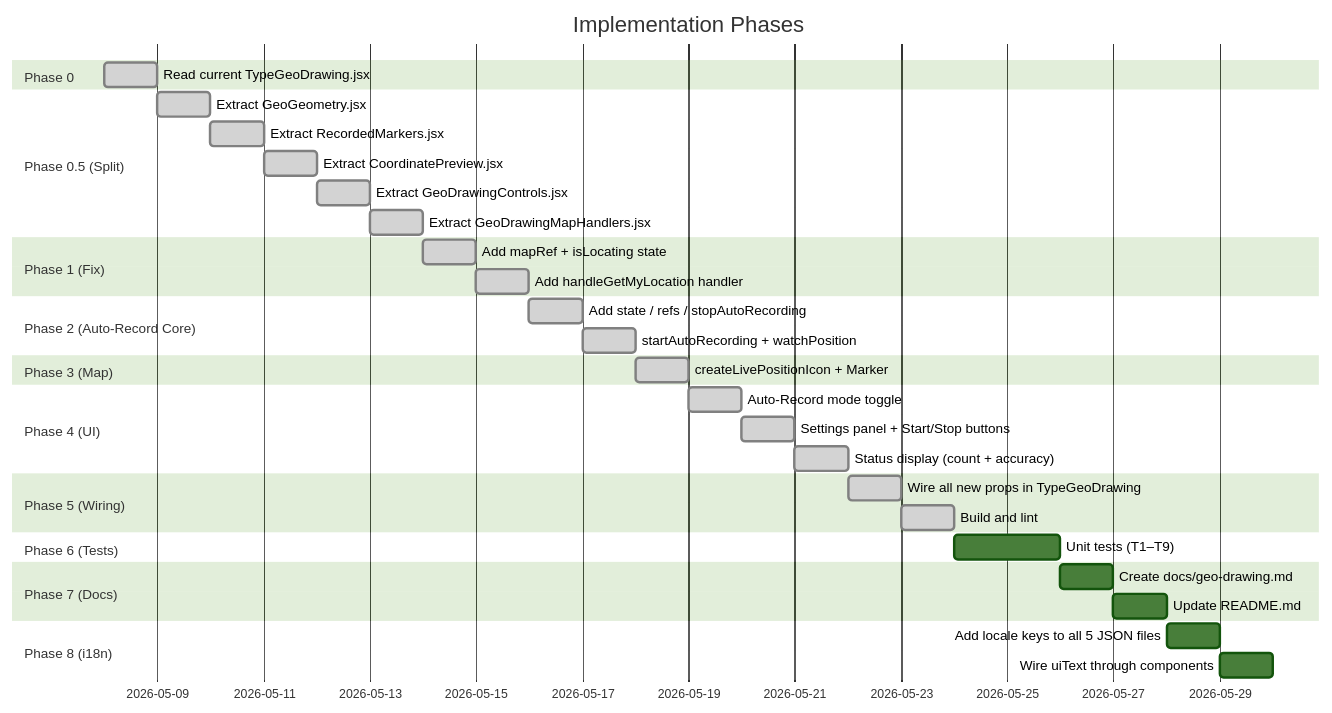
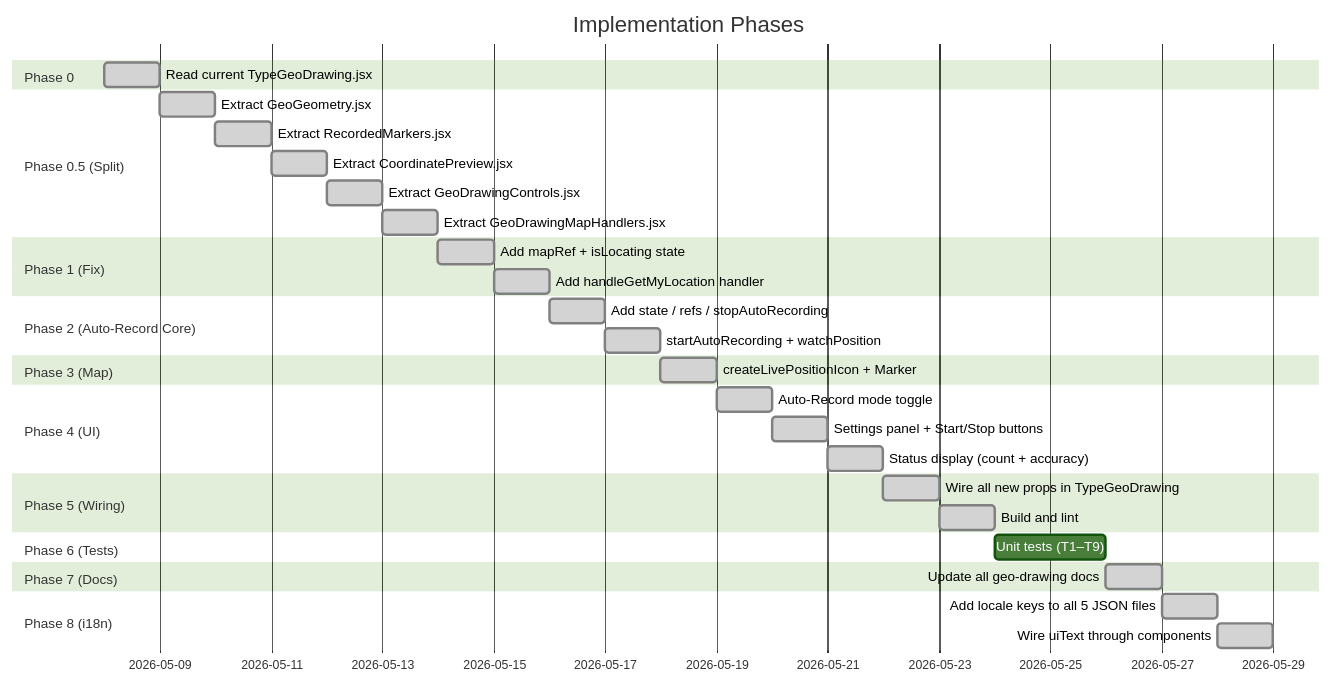
The first of 4 diagrams in docs/geo-drawing-auto-record/implementation-plan.md (akvo/akvo-react-form), drawn with Mermaid (forest theme) before and after one commit. The commit also changed other lines of this file and 4 other files, not shown here.

First line of the commit message:
[#192] docs: update all geo-drawing docs to reflect current implementation

````diff
--- a/docs/geo-drawing-auto-record/implementation-plan.md
+++ b/docs/geo-drawing-auto-record/implementation-plan.md
@@ -11,36 +11,35 @@
 ```mermaid
 gantt
     title Implementation Phases
     dateFormat  YYYY-MM-DD
     section Phase 0
     Read current TypeGeoDrawing.jsx        :done, p0a, 2026-05-08, 1d
     section Phase 0.5 (Split)
     Extract GeoGeometry.jsx               :done, p05a, after p0a, 1d
     Extract RecordedMarkers.jsx           :done, p05b, after p05a, 1d
     Extract CoordinatePreview.jsx         :done, p05c, after p05b, 1d
     Extract GeoDrawingControls.jsx        :done, p05d, after p05c, 1d
     Extract GeoDrawingMapHandlers.jsx     :done, p05e, after p05d, 1d
     section Phase 1 (Fix)
     Add mapRef + isLocating state         :done, p1a, after p05e, 1d
     Add handleGetMyLocation handler       :done, p1b, after p1a, 1d
     section Phase 2 (Auto-Record Core)
     Add state / refs / stopAutoRecording  :done, p2a, after p1b, 1d
     startAutoRecording + watchPosition    :done, p2b, after p2a, 1d
     section Phase 3 (Map)
     createLivePositionIcon + Marker       :done, p3a, after p2b, 1d
     section Phase 4 (UI)
     Auto-Record mode toggle               :done, p4a, after p3a, 1d
     Settings panel + Start/Stop buttons   :done, p4b, after p4a, 1d
     Status display (count + accuracy)     :done, p4c, after p4b, 1d
     section Phase 5 (Wiring)
     Wire all new props in TypeGeoDrawing  :done, p5a, after p4c, 1d
     Build and lint                        :done, p5b, after p5a, 1d
     section Phase 6 (Tests)
     Unit tests (T1–T9)                    :p6a, after p5b, 2d
     section Phase 7 (Docs)
-    Create docs/geo-drawing.md            :p7a, after p6a, 1d
-    Update README.md                      :p7b, after p7a, 1d
+    Update all geo-drawing docs           :done, p7a, after p6a, 1d
     section Phase 8 (i18n)
-    Add locale keys to all 5 JSON files   :p8a, after p7b, 1d
-    Wire uiText through components        :p8b, after p8a, 1d
+    Add locale keys to all 5 JSON files   :done, p8a, after p7a, 1d
+    Wire uiText through components        :done, p8b, after p8a, 1d
 ```
````
